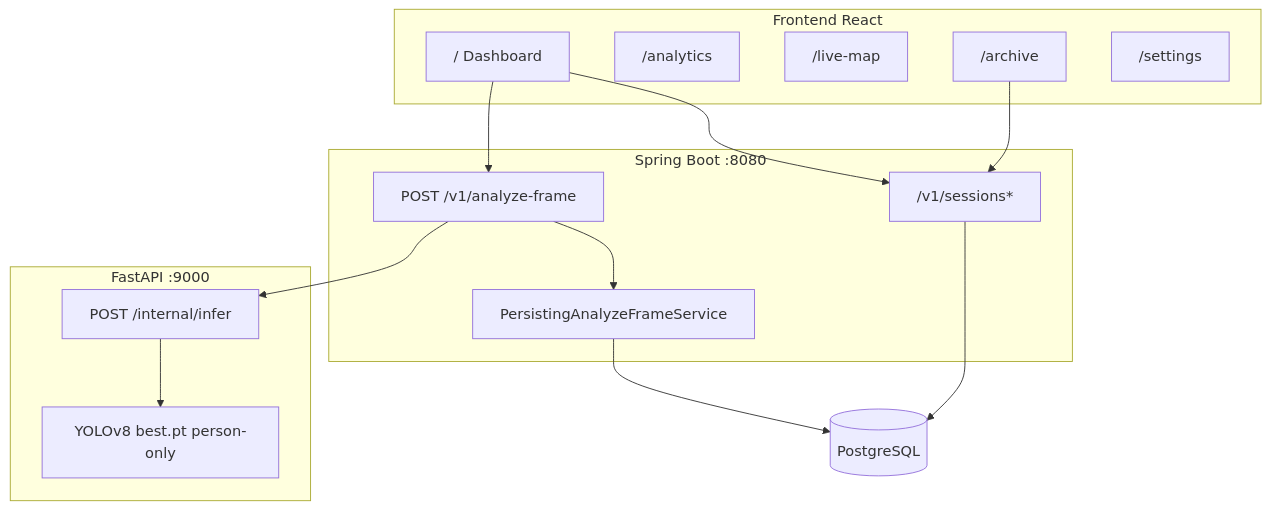
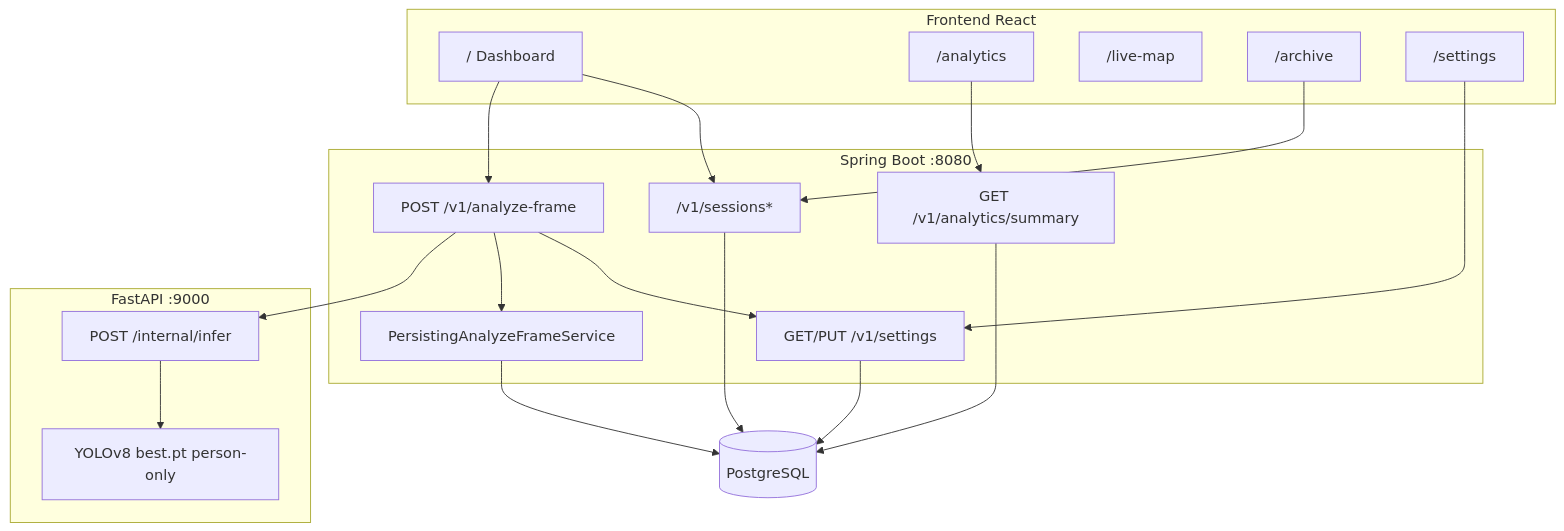
Before and after one commit to salieri009/DeepLearning42028UTS: the diagram in docs/runbooks/user_scenarios.md, drawn with Mermaid. The commit also changed other lines of this file and 50 other files, not shown here.

First line of the commit message:
feat(application): replace UI mocks with real analytics, settings, and frame trail (v2.2.0)

````diff
--- a/docs/runbooks/user_scenarios.md
+++ b/docs/runbooks/user_scenarios.md
@@ -27,26 +27,31 @@
 ```mermaid
 flowchart TB
   subgraph fe [Frontend React]
     Dashboard["/ Dashboard"]
     Analytics["/analytics"]
     LiveMap["/live-map"]
     Archive["/archive"]
     Settings["/settings"]
   end
   subgraph api [Spring Boot :8080]
     Analyze["POST /v1/analyze-frame"]
     Sessions["/v1/sessions*"]
+    AnalyticsApi["GET /v1/analytics/summary"]
+    SettingsApi["GET/PUT /v1/settings"]
     Persist["PersistingAnalyzeFrameService"]
   end
   subgraph inf [FastAPI :9000]
     Infer["POST /internal/infer"]
     YOLO["YOLOv8 best.pt person-only"]
   end
   DB[(PostgreSQL)]
   Dashboard --> Analyze
   Dashboard --> Sessions
   Analyze --> Infer --> YOLO
   Analyze --> Persist --> DB
   Archive --> Sessions
+  Analytics --> AnalyticsApi --> DB
+  Settings --> SettingsApi --> DB
+  Analyze --> SettingsApi
   Sessions --> DB
 ```
````
